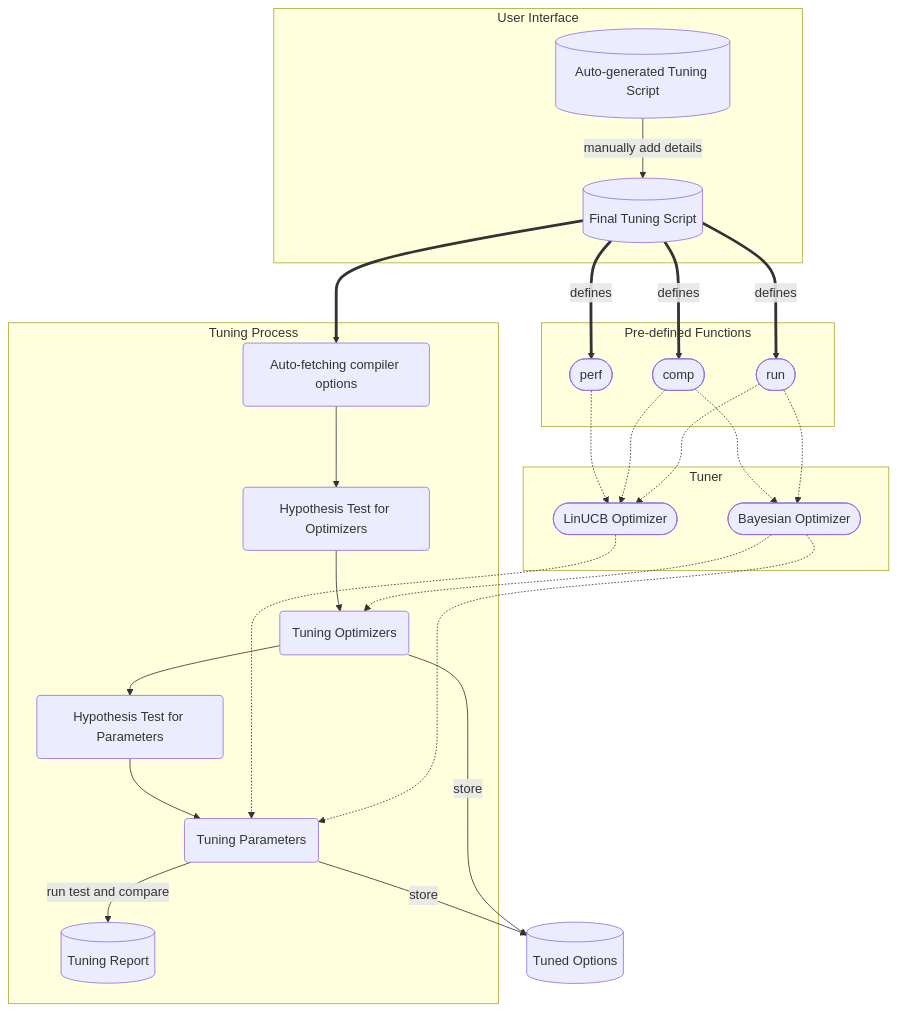
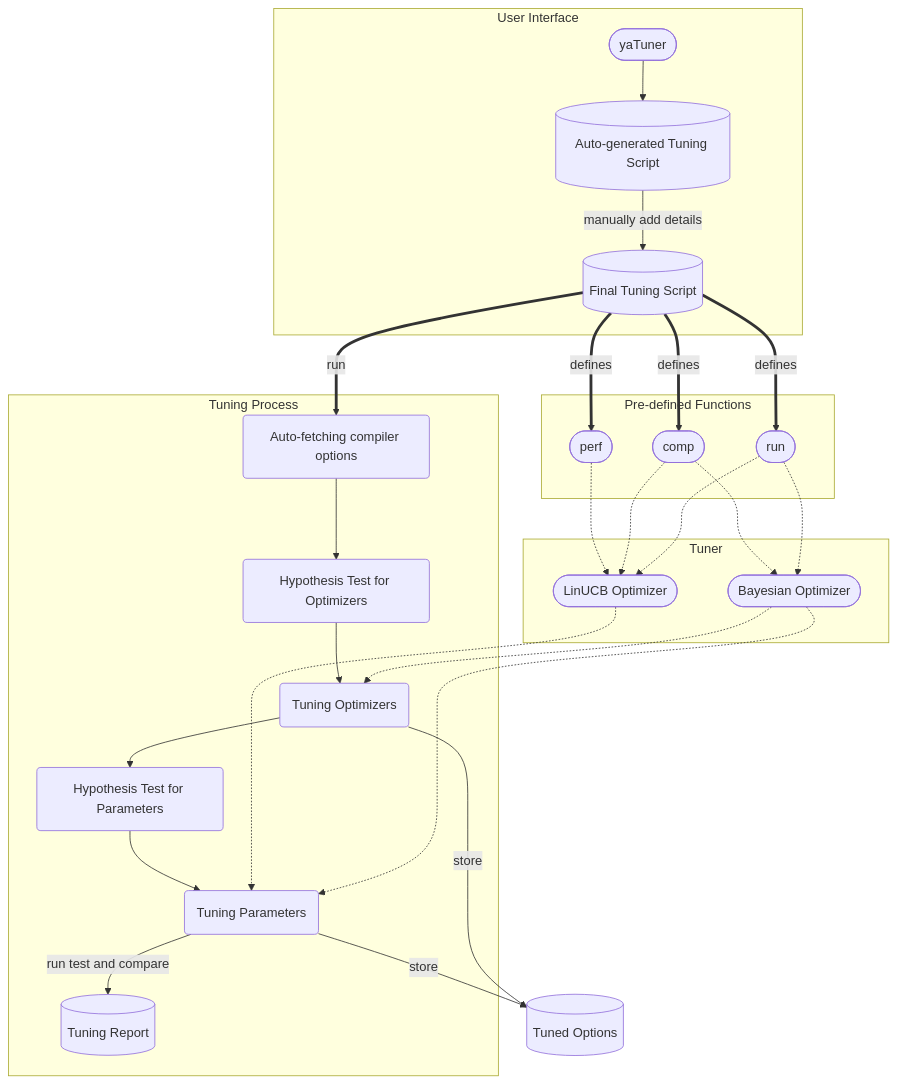
One commit to JuniMay/yatuner changed the diagram in README.md. Above: the diagram before and after it, drawn with Mermaid. The commit also changed other lines of this file and 2 other files, not shown here.

````diff
--- a/README.md
+++ b/README.md
@@ -30,28 +50,29 @@
 ```mermaid
 graph TB
 subgraph User Interface
+    O([yaTuner]) --> A
     A[(Auto-generated Tuning Script)] -- manually add details --> B[(Final Tuning Script)]
 end
-B ==> C
+B == run ==> C
 subgraph Tuning Process
     C(Auto-fetching compiler options) --> D(Hypothesis Test for Optimizers) 
     D --> E(Tuning Optimizers)
     E --> F(Hypothesis Test for Parameters)
     F --> G(Tuning Parameters)
     G -- run test and compare --> I[(Tuning Report)]
 end
 G -- store --> H[(Tuned Options)]
 E -- store --> H
 subgraph Tuner
     J([LinUCB Optimizer]) -.-> G
     K([Bayesian Optimizer]) -.-> G
     K -.-> E
 end
 subgraph Pre-defined Functions
     B == defines ==> L([comp])
     B == defines ==> M([run])
     B == defines ==> N([perf])
 end
 N -.-> J
 L & M -.-> J & K
 ```
````
